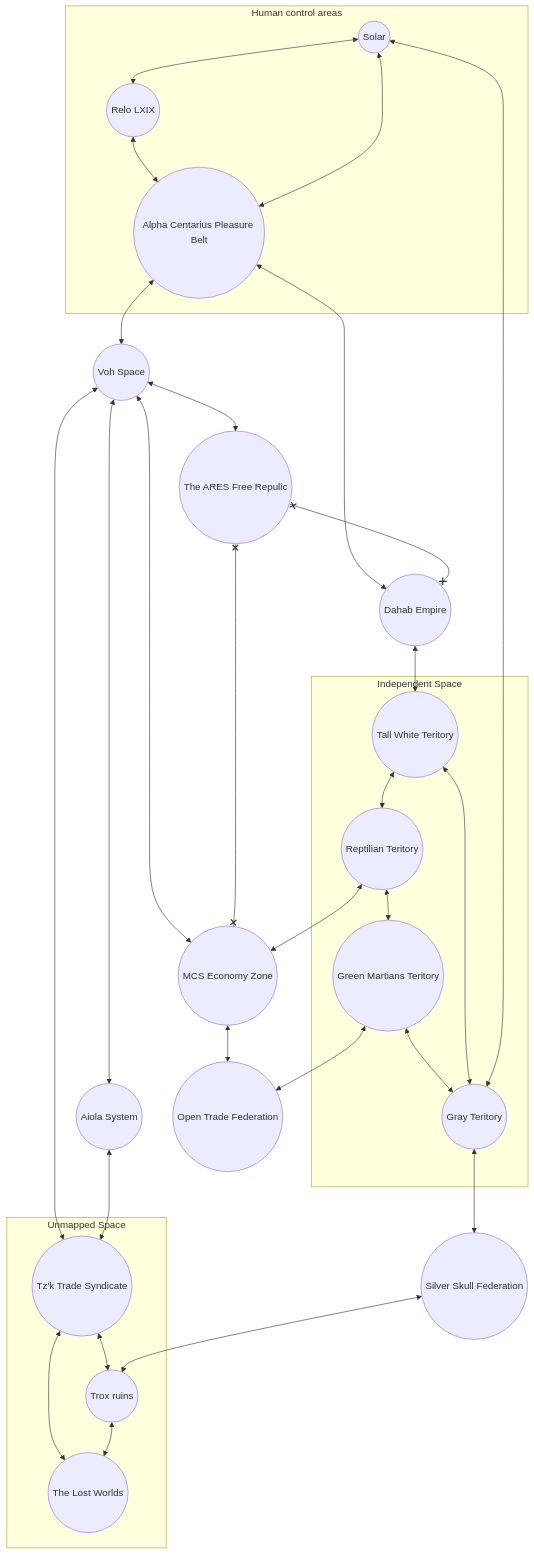
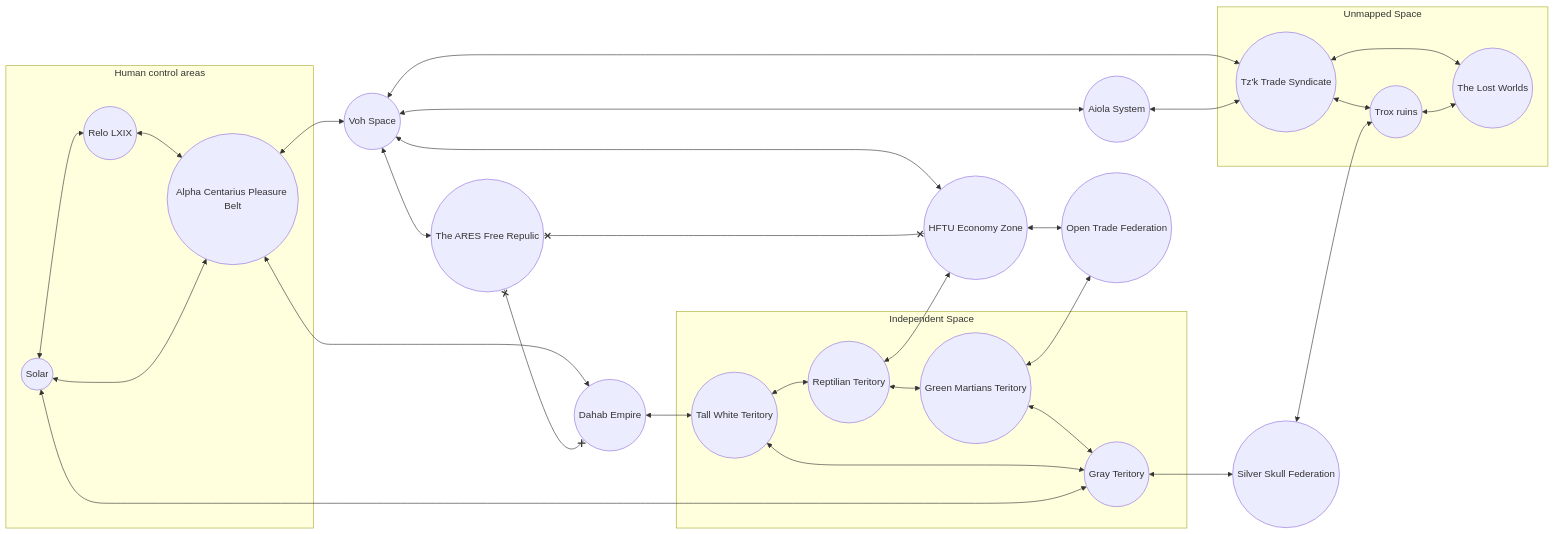
The diagram in 003-🎲-rpg/campagins/ftgf/galaxy_map.md (Dgaduin/notes), drawn with Mermaid before and after one commit. The commit also changed other lines of this file and 2 other files, not shown here.

Commit message:
Add links to Map and some minor changes

````diff
--- a/003-🎲-rpg/campagins/ftgf/galaxy_map.md
+++ b/003-🎲-rpg/campagins/ftgf/galaxy_map.md
@@ -3,43 +2,62 @@
 ```mermaid
-flowchart TB;
+graph LR;
 	subgraph human[Human control areas]
 		solar((Solar)) <--> relo((Relo LXIX))
 		relo <--> alphac((Alpha Centarius Pleasure Belt))
-		solar <--> alphac
+		solar <--> alphac		
 	end
 	
 	subgraph inspace[Independent Space]
 		J11((Gray Teritory)) <--> J12((Tall White Teritory))
 		J12 <--> J13((Reptilian Teritory))
 		J13 <--> J14((Green Martians Teritory))
 		J14 <--> J11
 	end
 	
 	subgraph US[Unmapped Space]
 		tzk <--> TR((Trox ruins))
 		tzk <--> tlw((The Lost Worlds))
 		TR <--> tlw
 	end		
 	
 	alphac <--> voh((Voh Space))	
 	alphac <--> dahab((Dahab Empire))
 	
-	voh <--> mcs((MCS Economy Zone))
+	voh <--> hftu((HFTU Economy Zone))
 	voh <--> ares((The ARES Free Repulic))
 	voh <--> aiola((Aiola System))
 	voh <--> tzk((Tz'k Trade Syndicate))
 	
-	ares x--x mcs
+	ares x--x hftu
 	ares x--x dahab
 	
 	aiola <--> tzk
 	
-	J13 <--> mcs
+	J13 <--> hftu
 	J14 <--> otf((Open Trade Federation))
 	
-	mcs <--> otf
+	hftu <--> otf
 	dahab <--> J12
 	J11 <--> sskull((Silver Skull Federation))
 	sskull <--> TR
-	J11 <--> solar
+	J11 <--> solar	
+	
+
+class solar internal-link;
+class voh internal-link;
+class dahab internal-link;
+class tzk internal-link;
+class aiola internal-link;
+class J14 internal-link;
+class ares internal-link;
+class hftu internal-link;
+
+click solar "/solar_sector";
+click voh "/voh";
+click dahab "/the_dahab_empire";
+click tzk "/tzk_syndicate";
+click aiola "/aiola_system";
+click J14 "/green_man";
+click ares "/ares";
+click hftu "/the_high_frequency_traders_union";
 ```
````
